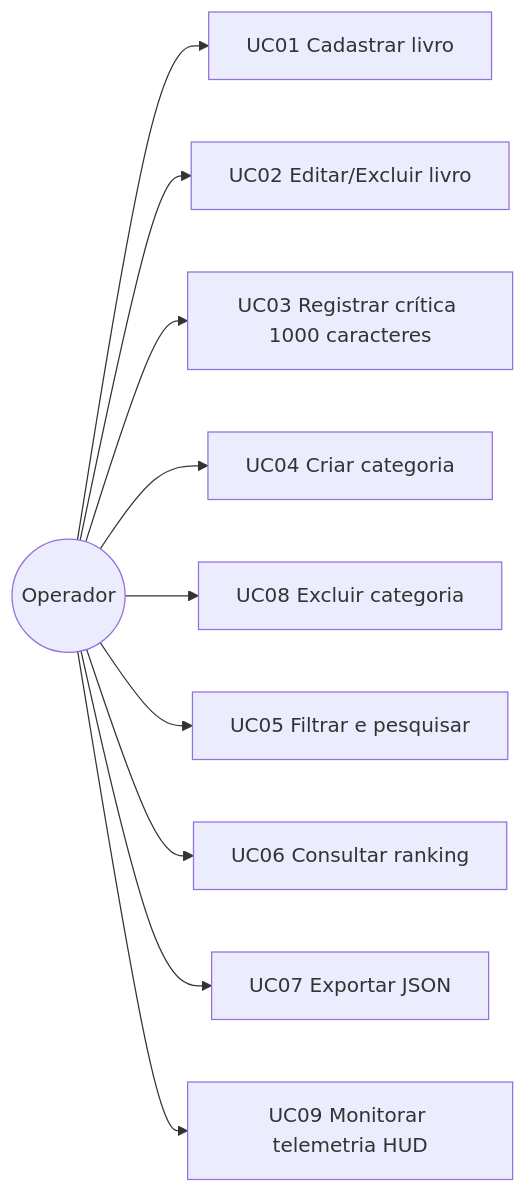
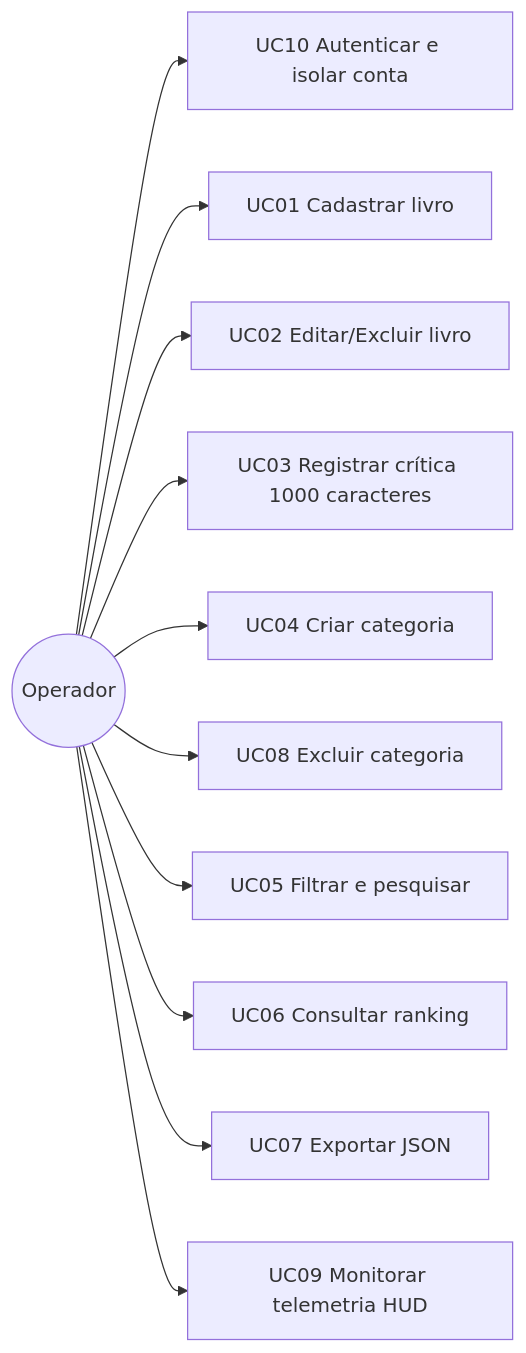
One commit to Glins-dev/librarytrix changed the diagram in docs/casos-de-uso.md. Above: the diagram before and after it, drawn with Mermaid. The commit also changed other lines of this file and 14 other files, not shown here.

````diff
--- a/docs/casos-de-uso.md
+++ b/docs/casos-de-uso.md
@@ -5,13 +5,14 @@
 ```mermaid
 flowchart LR
   O((Operador))
+  O --> UC10[UC10 Autenticar e isolar conta]
   O --> UC1[UC01 Cadastrar livro]
   O --> UC2[UC02 Editar/Excluir livro]
   O --> UC3[UC03 Registrar crítica 1000 caracteres]
   O --> UC4[UC04 Criar categoria]
   O --> UC8[UC08 Excluir categoria]
   O --> UC5[UC05 Filtrar e pesquisar]
   O --> UC6[UC06 Consultar ranking]
   O --> UC7[UC07 Exportar JSON]
   O --> UC9[UC09 Monitorar telemetria HUD]
 ```
````
